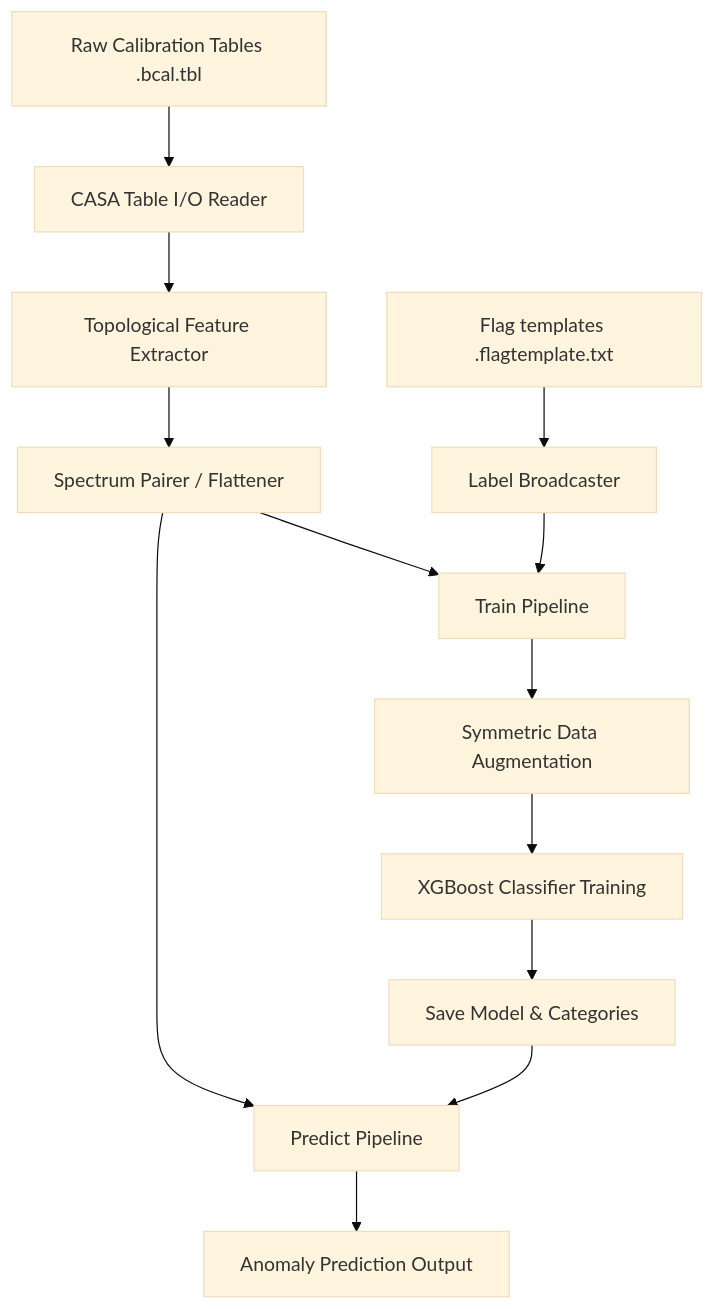
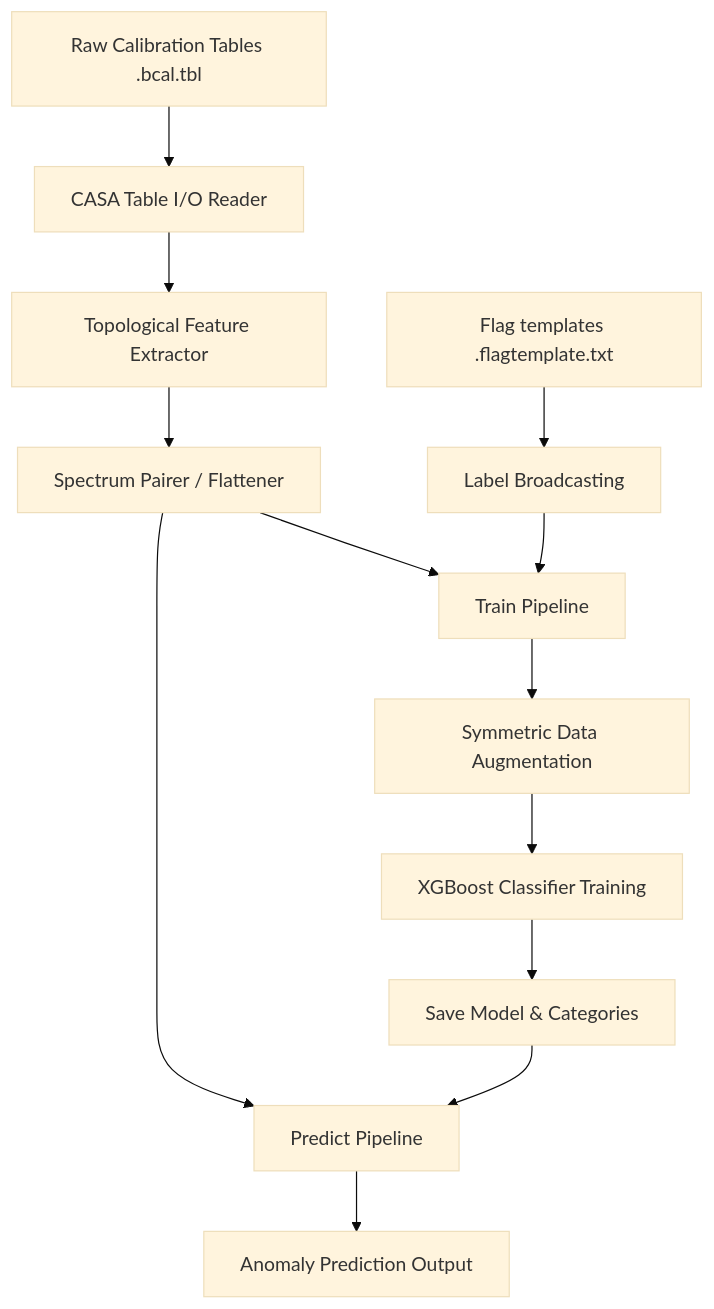
Before and after one commit to cixue/bandpass-classifier: the diagram in README.md, drawn with Mermaid (base theme). The commit also changed other lines of this file, not shown here.

````diff
--- a/README.md
+++ b/README.md
@@ -54,19 +53,19 @@
 ```mermaid
 graph TD
     A[Raw Calibration Tables .bcal.tbl] --> B[CASA Table I/O Reader]
     B --> C[Topological Feature Extractor]
     C --> D[Spectrum Pairer / Flattener]
     
     %% Training Flow
     D --> E[Train Pipeline]
-    F[Flag templates .flagtemplate.txt] --> G[Label Broadcaster]
+    F[Flag templates .flagtemplate.txt] --> G[Label Broadcasting]
     G --> E
     E --> H[Symmetric Data Augmentation]
     H --> I[XGBoost Classifier Training]
     I --> J[Save Model & Categories]
     
     %% Prediction Flow
     D --> K[Predict Pipeline]
     J --> K
     K --> L[Anomaly Prediction Output]
 ```
````
